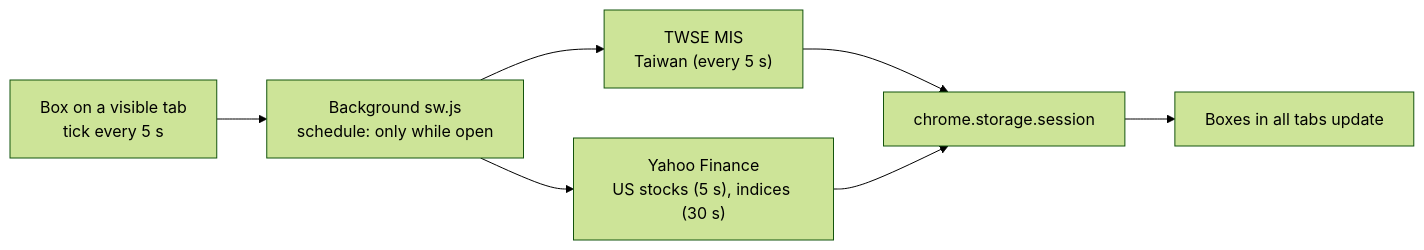
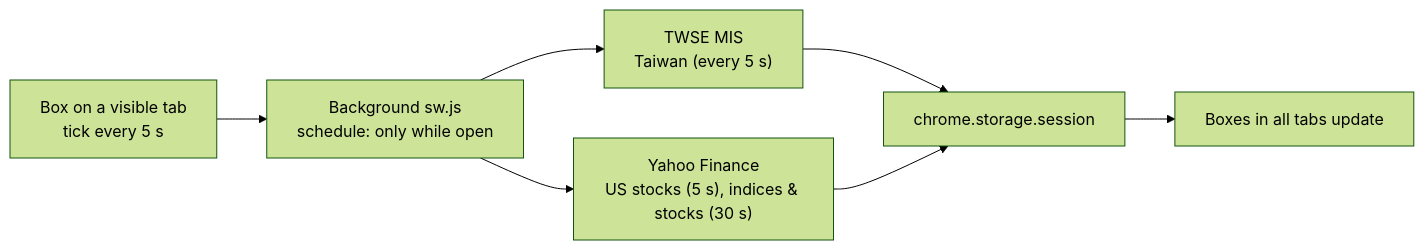
Before and after one commit to Ashur5457/PeekaStock: the diagram in README.en.md, drawn with Mermaid (forest theme). The commit also changed other lines of this file and 18 other files, not shown here.

````diff
--- a/README.en.md
+++ b/README.en.md
@@ -62,9 +65,9 @@
 ```mermaid
 flowchart LR
   BOX["Box on a visible tab<br/>tick every 5 s"] --> SW["Background sw.js<br/>schedule: only while open"]
   SW --> MIS["TWSE MIS<br/>Taiwan (every 5 s)"]
-  SW --> YF["Yahoo Finance<br/>US stocks (5 s), indices (30 s)"]
+  SW --> YF["Yahoo Finance<br/>US stocks (5 s), indices & stocks (30 s)"]
   MIS --> ST["chrome.storage.session"]
   YF --> ST
   ST --> ALL["Boxes in all tabs update"]
 ```
````
